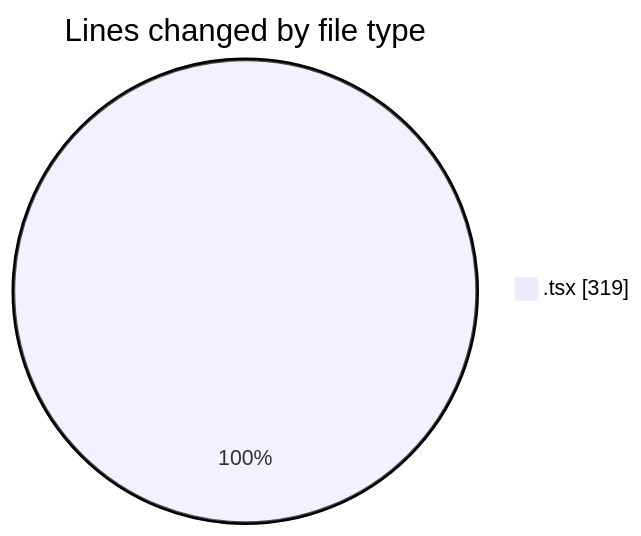
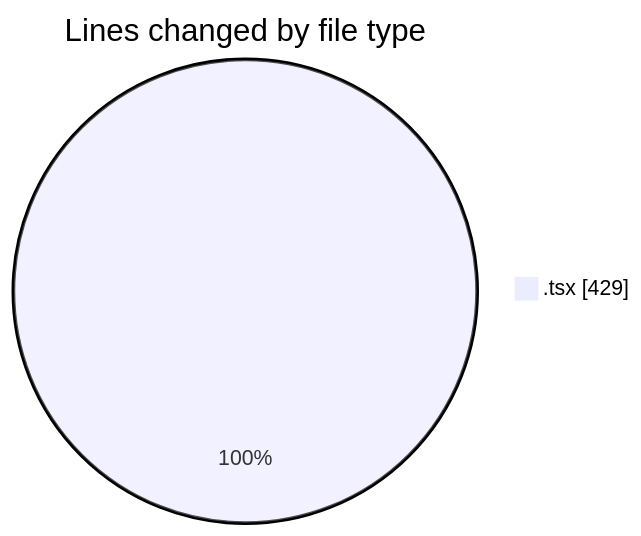
Before and after one commit to nxtqubesakshisongat/code-tracking: the first of 2 diagrams in 2026-03-30/nxtqube_webapp/README.md, drawn with Mermaid. The commit also changed other lines of this file and 1 other file, not shown here.

````diff
--- a/2026-03-30/nxtqube_webapp/README.md
+++ b/2026-03-30/nxtqube_webapp/README.md
@@ -21,5 +21,5 @@
 ```mermaid
 pie showData
 title Lines changed by file type
-".tsx" : 319
+".tsx" : 429
 ```
````
